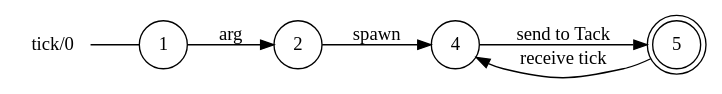
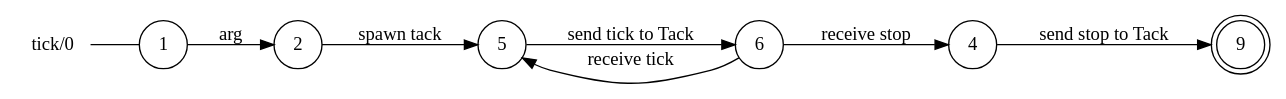
Before and after one commit to gabrielegenovese/chorer: the diagram in out/tick0_local_view.dot, drawn with Graphviz. The commit also changed 8 other files, not shown here.

```diff
--- a/out/tick0_local_view.dot
+++ b/out/tick0_local_view.dot
@@ -1,14 +1,18 @@
 digraph tick {
 	rankdir="LR";
 	n_0 [label="tick/0", shape="plaintext"];
-	n_1 [id="5", shape=doublecircle, label="5"];
-	n_2 [id="1", shape=circle, label="1"];
-	n_0 -> n_2 [arrowhead=none];
-	n_3 [id="2", shape=circle, label="2"];
-	n_4 [id="4", shape=circle, label="4"];
+	n_1 [id="5", shape=circle, label="5"];
+	n_2 [id="6", shape=circle, label="6"];
+	n_3 [id="1", shape=circle, label="1"];
+	n_0 -> n_3 [arrowhead=none];
+	n_4 [id="9", shape=doublecircle, label="9"];
+	n_5 [id="2", shape=circle, label="2"];
+	n_6 [id="4", shape=circle, label="4"];
 
-	n_1 -> n_4 [id="[$e|4]", label="receive tick"];
-	n_3 -> n_4 [id="[$e|5]", label="spawn"];
-	n_2 -> n_3 [id="[$e|0]", label="arg "];
-	n_4 -> n_1 [id="[$e|3]", label="send to Tack"];
+	n_1 -> n_2 [id="[$e|5]", label="send tick to Tack"];
+	n_6 -> n_4 [id="[$e|8]", label="send stop to Tack"];
+	n_3 -> n_5 [id="[$e|0]", label="arg "];
+	n_5 -> n_1 [id="[$e|11]", label="spawn tack"];
+	n_2 -> n_1 [id="[$e|9]", label="receive tick"];
+	n_2 -> n_6 [id="[$e|13]", label="receive stop"];
 }
```
